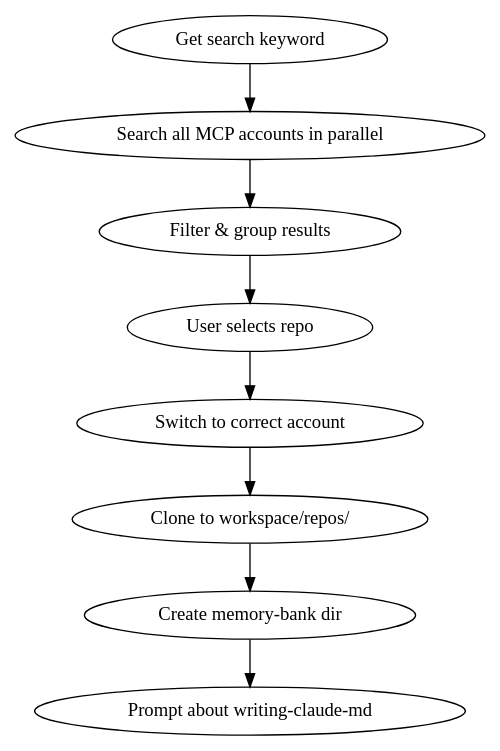
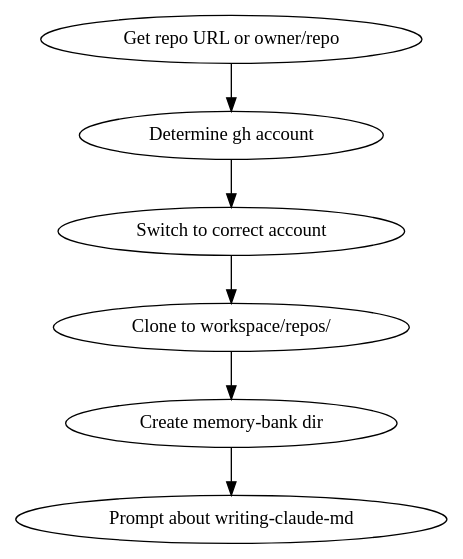
Before and after one commit to mao-family/claude-forge: the diagram in skills/managing-workspace/SKILL.md, drawn with Graphviz. The commit also changed other lines of this file and 2 other files, not shown here.

First line of the commit message:
refactor(workspace): use gh CLI instead of GitHub MCP for repo management

````diff
--- a/skills/managing-workspace/SKILL.md
+++ b/skills/managing-workspace/SKILL.md
@@ -23,11 +23,9 @@
 ```dot
 digraph add_repo {
-  "Get search keyword" -> "Search all MCP accounts in parallel";
-  "Search all MCP accounts in parallel" -> "Filter & group results";
-  "Filter & group results" -> "User selects repo";
-  "User selects repo" -> "Switch to correct account";
+  "Get repo URL or owner/repo" -> "Determine gh account";
+  "Determine gh account" -> "Switch to correct account";
   "Switch to correct account" -> "Clone to workspace/repos/";
   "Clone to workspace/repos/" -> "Create memory-bank dir";
   "Create memory-bank dir" -> "Prompt about writing-claude-md";
 }
 ```
````
